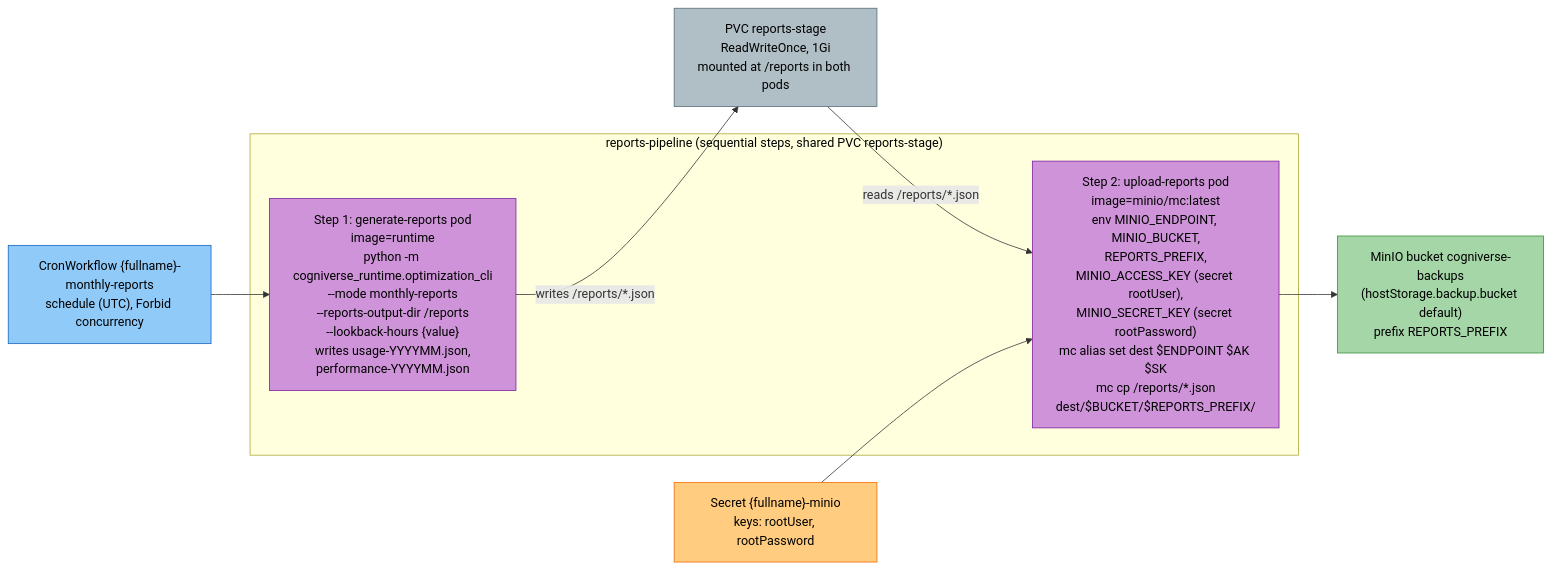
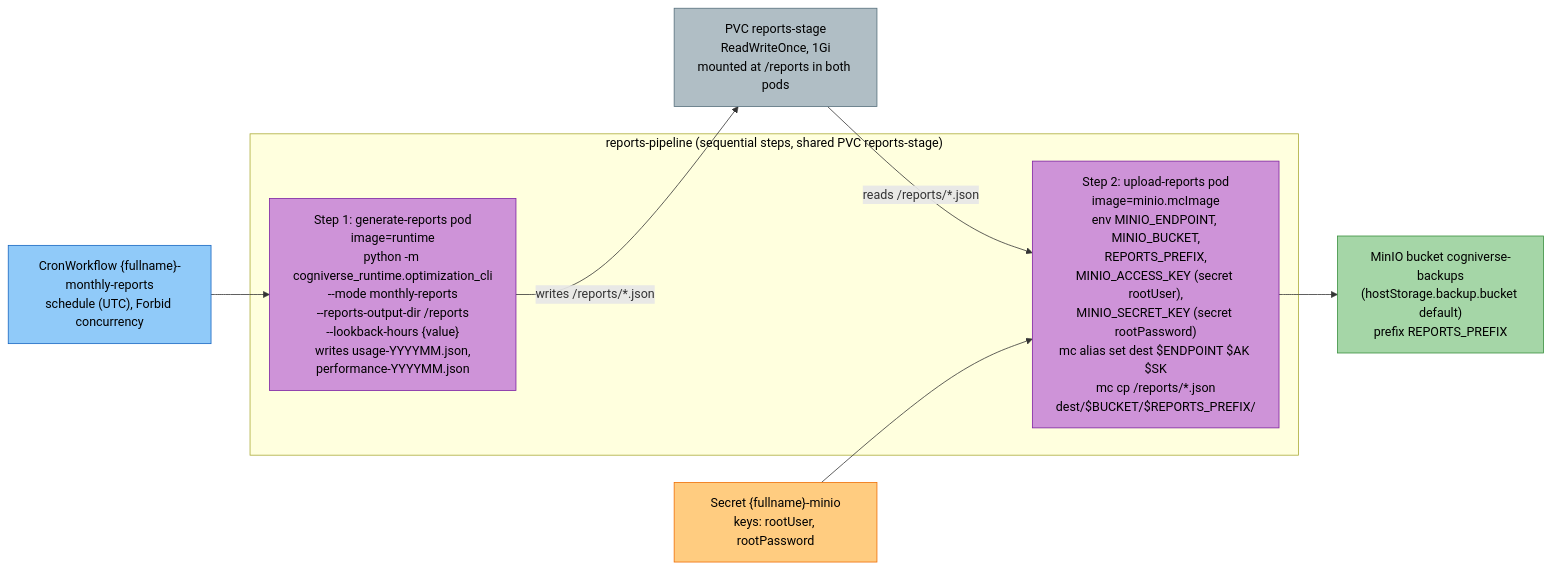
One commit to amit-jain/cogniverse changed the eighth of 8 diagrams in docs/diagrams/knowledge-system-diagrams.md. Above: the diagram before and after it, drawn with Mermaid. The commit also changed other lines of this file and 14 other files, not shown here.

````diff
--- a/docs/diagrams/knowledge-system-diagrams.md
+++ b/docs/diagrams/knowledge-system-diagrams.md
@@ -408,28 +408,28 @@
 ```mermaid
 flowchart LR
     Schedule["<span style='color:#000'>CronWorkflow {fullname}-monthly-reports<br/>schedule (UTC), Forbid concurrency</span>"]
 
     subgraph Pipeline["<span style='color:#000'>reports-pipeline (sequential steps, shared PVC reports-stage)</span>"]
         Generate["<span style='color:#000'>Step 1: generate-reports pod<br/>image=runtime<br/>python -m cogniverse_runtime.optimization_cli<br/>--mode monthly-reports<br/>--reports-output-dir /reports<br/>--lookback-hours {value}<br/>writes usage-YYYYMM.json,<br/>performance-YYYYMM.json</span>"]
-        Upload["<span style='color:#000'>Step 2: upload-reports pod<br/>image=minio/mc:latest<br/>env MINIO_ENDPOINT, MINIO_BUCKET,<br/>REPORTS_PREFIX,<br/>MINIO_ACCESS_KEY (secret rootUser),<br/>MINIO_SECRET_KEY (secret rootPassword)<br/>mc alias set dest $ENDPOINT $AK $SK<br/>mc cp /reports/*.json<br/>dest/$BUCKET/$REPORTS_PREFIX/</span>"]
+        Upload["<span style='color:#000'>Step 2: upload-reports pod<br/>image=minio.mcImage<br/>env MINIO_ENDPOINT, MINIO_BUCKET,<br/>REPORTS_PREFIX,<br/>MINIO_ACCESS_KEY (secret rootUser),<br/>MINIO_SECRET_KEY (secret rootPassword)<br/>mc alias set dest $ENDPOINT $AK $SK<br/>mc cp /reports/*.json<br/>dest/$BUCKET/$REPORTS_PREFIX/</span>"]
     end
 
     PVC["<span style='color:#000'>PVC reports-stage<br/>ReadWriteOnce, 1Gi<br/>mounted at /reports in both pods</span>"]
 
     Secret["<span style='color:#000'>Secret {fullname}-minio<br/>keys: rootUser, rootPassword</span>"]
 
     MinIO["<span style='color:#000'>MinIO bucket cogniverse-backups<br/>(hostStorage.backup.bucket default)<br/>prefix REPORTS_PREFIX</span>"]
 
     Schedule --> Generate
     Generate -->|writes /reports/*.json| PVC
     PVC -->|reads /reports/*.json| Upload
     Secret --> Upload
     Upload --> MinIO
 
     style Schedule fill:#90caf9,stroke:#1565c0,color:#000
     style Generate fill:#ce93d8,stroke:#7b1fa2,color:#000
     style Upload fill:#ce93d8,stroke:#7b1fa2,color:#000
     style PVC fill:#b0bec5,stroke:#546e7a,color:#000
     style Secret fill:#ffcc80,stroke:#ef6c00,color:#000
     style MinIO fill:#a5d6a7,stroke:#388e3c,color:#000
 ```
````
